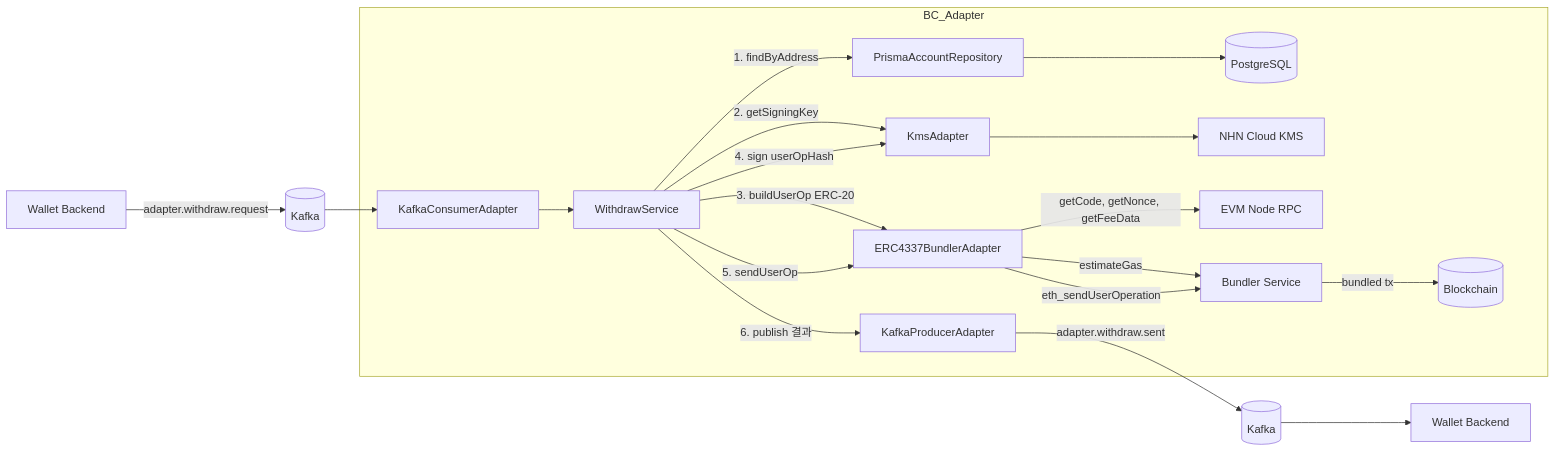
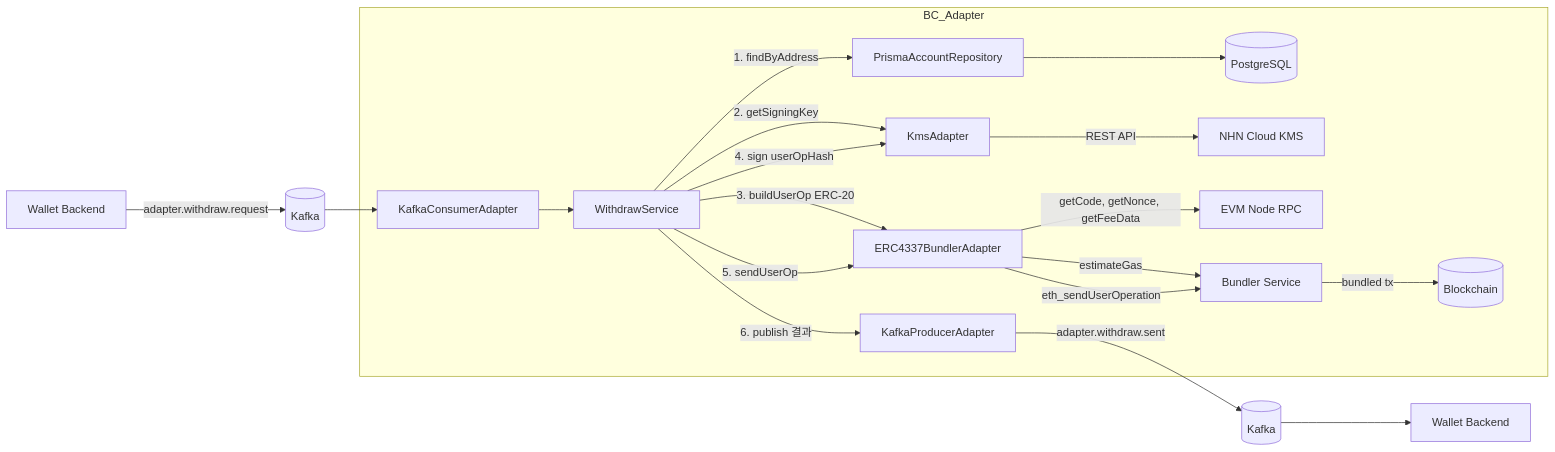
One commit to byunyourim/BC_Adapter changed diagram 18 of 19 in docs/architecture.md. Above: the diagram before and after it, drawn with Mermaid. The commit also changed other lines of this file and 1 other file, not shown here.

````diff
--- a/docs/architecture.md
+++ b/docs/architecture.md
@@ -860,24 +860,24 @@
 ```mermaid
 graph LR
     WB[Wallet Backend] -->|adapter.withdraw.request| KAFKA[(Kafka)]
     KAFKA --> KCA[KafkaConsumerAdapter]
 
     subgraph BC_Adapter
         KCA --> WS[WithdrawService]
         WS -->|1. findByAddress| REPO[PrismaAccountRepository]
         REPO --> PG[(PostgreSQL)]
         WS -->|2. getSigningKey| KMS[KmsAdapter]
-        KMS --> NHNKMS[NHN Cloud KMS]
+        KMS -->|REST API| NHNKMS[NHN Cloud KMS]
         WS -->|3. buildUserOp ERC-20| BU[ERC4337BundlerAdapter]
         BU -->|getCode, getNonce, getFeeData| NODE[EVM Node RPC]
         BU -->|estimateGas| BSVC[Bundler Service]
         WS -->|4. sign userOpHash| KMS
         WS -->|5. sendUserOp| BU
         BU -->|eth_sendUserOperation| BSVC
         BSVC -->|bundled tx| CHAIN[(Blockchain)]
         WS -->|6. publish 결과| KPA[KafkaProducerAdapter]
     end
 
     KPA -->|adapter.withdraw.sent| KAFKA2[(Kafka)]
     KAFKA2 --> WB2[Wallet Backend]
 ```
````
